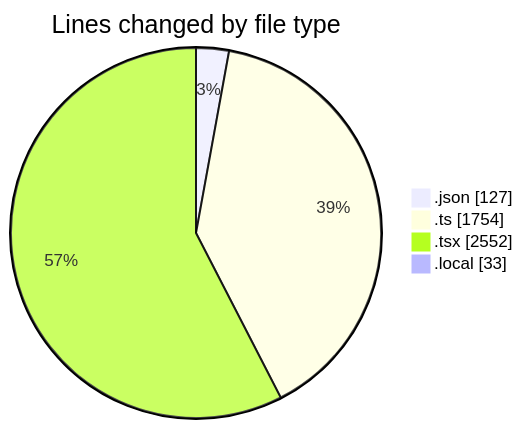
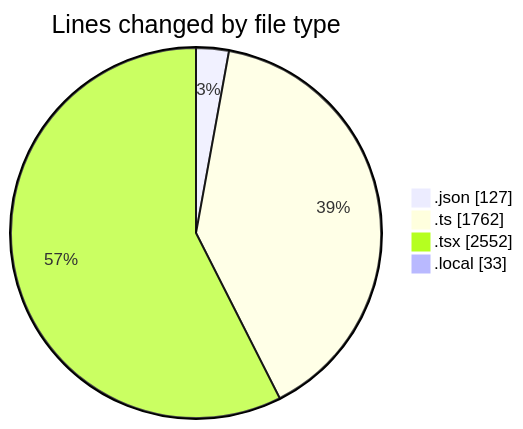
The first of 2 diagrams in 2025-11-12/eventscop-frontend-guide__workspace_/README.md (julien-gomy/code-tracking), drawn with Mermaid before and after one commit. The commit also changed other lines of this file and 1 other file, not shown here.

````diff
--- a/2025-11-12/eventscop-frontend-guide__workspace_/README.md
+++ b/2025-11-12/eventscop-frontend-guide__workspace_/README.md
@@ -47,8 +47,8 @@
 ```mermaid
 pie showData
 title Lines changed by file type
 ".json" : 127
-".ts" : 1754
+".ts" : 1762
 ".tsx" : 2552
 ".local" : 33
 ```
````
